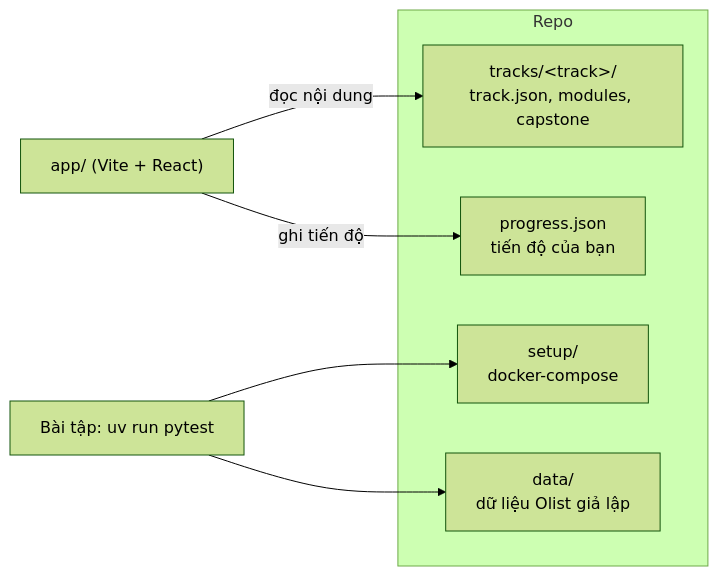
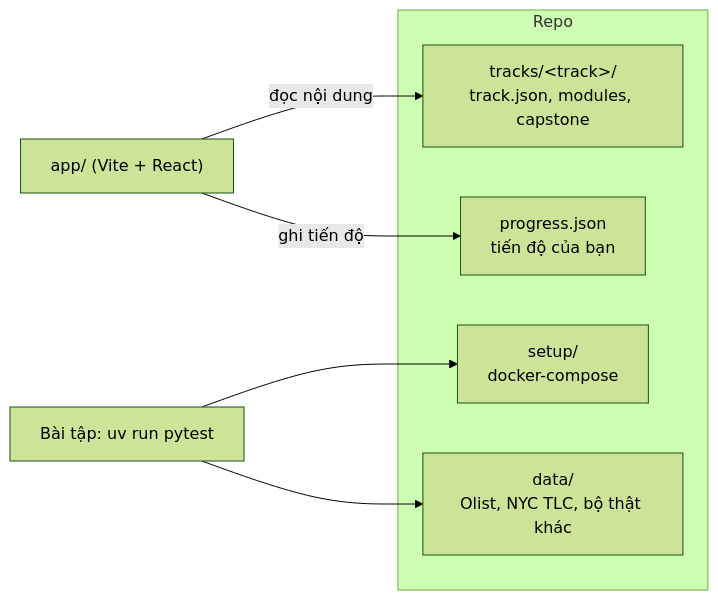
One commit to Buicongbang04/Learning_Platform changed the diagram in README.md. Above: the diagram before and after it, drawn with Mermaid (forest theme). The commit also changed other lines of this file and 7 other files, not shown here.

Commit message:
Tài liệu: cập nhật số module/bài (12 module, 102 bài), sơ đồ lộ trình có M00 và hai nguồn capstone, mẫu notebook dữ liệu thật; CLI download_dataset dùng ensure; dọn data/README

````diff
--- a/README.md
+++ b/README.md
@@ -8,13 +8,13 @@
 ```mermaid
 flowchart LR
   subgraph Repo
     T["tracks/&lt;track&gt;/<br/>track.json, modules, capstone"]
     P["progress.json<br/>tiến độ của bạn"]
     S["setup/<br/>docker-compose"]
-    D["data/<br/>dữ liệu Olist giả lập"]
+    D["data/<br/>Olist, NYC TLC, bộ thật khác"]
   end
   A["app/ (Vite + React)"] -- đọc nội dung --> T
   A -- ghi tiến độ --> P
   E["Bài tập: uv run pytest"] --> S
   E --> D
 ```
````
